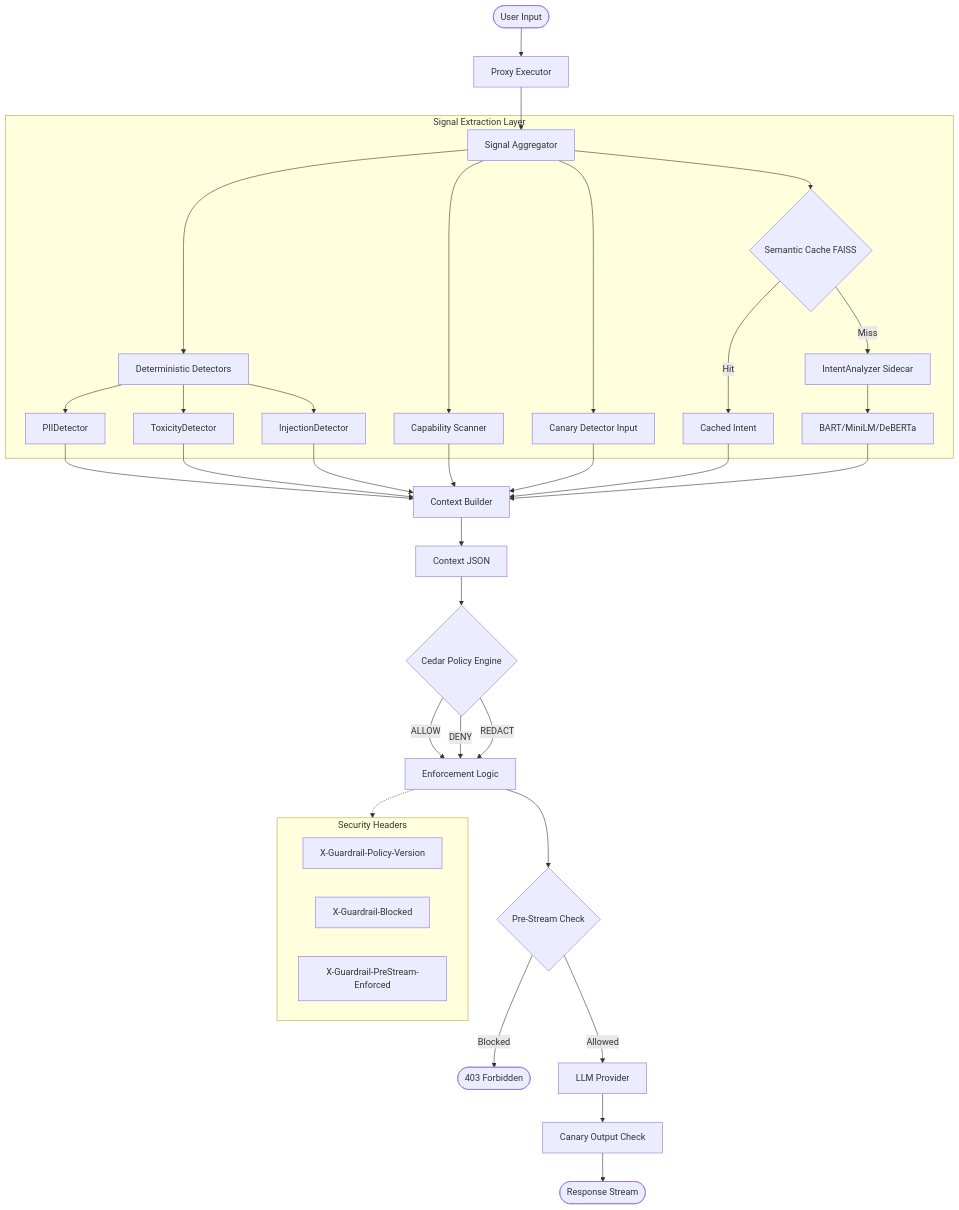
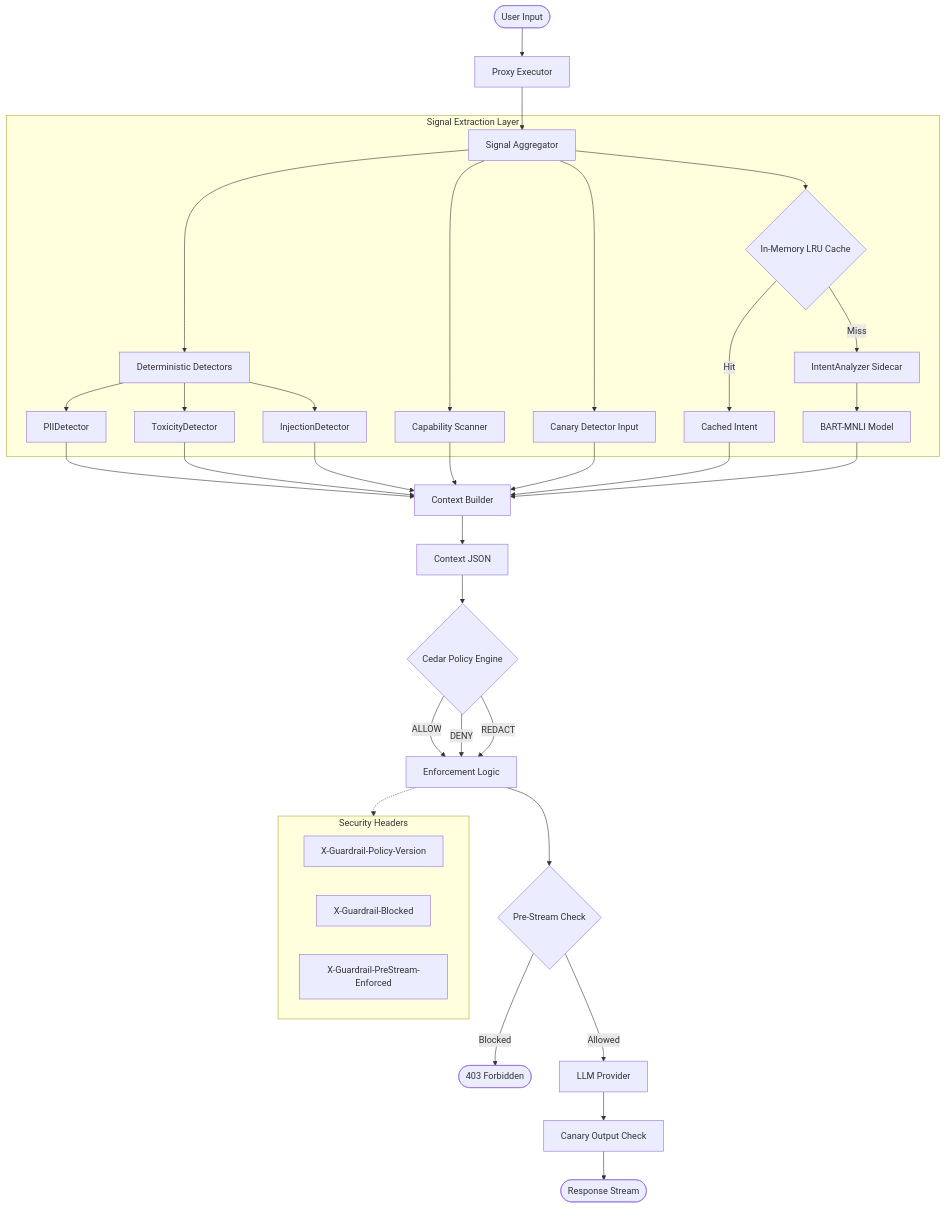
The diagram in README.md (Vero-labs/agent-guardrail-proxy), drawn with Mermaid before and after one commit. The commit also changed other lines of this file, not shown here.

First line of the commit message:
README: update cache, intent model, add specs

````diff
--- a/README.md
+++ b/README.md
@@ -131,44 +131,44 @@
 ```mermaid
 flowchart TD
     User([User Input]) --> Proxy[Proxy Executor]
     Proxy --> Aggregator[Signal Aggregator]
 
     subgraph Signal_Layer [Signal Extraction Layer]
         Aggregator --> Deterministic[Deterministic Detectors]
         Deterministic --> PII[PIIDetector]
         Deterministic --> Tox[ToxicityDetector]
         Deterministic --> Inj[InjectionDetector]
 
         Aggregator --> Cap[Capability Scanner]
         Aggregator --> CanaryIn[Canary Detector Input]
 
-        Aggregator --> Cache{Semantic Cache FAISS}
+        Aggregator --> Cache{In-Memory LRU Cache}
         Cache -- Hit --> CacheResult[Cached Intent]
         Cache -- Miss --> Intent[IntentAnalyzer Sidecar]
-        Intent --> Models[BART/MiniLM/DeBERTa]
+        Intent --> Models[BART-MNLI Model]
     end
 
     PII & Tox & Inj & Cap & CanaryIn & CacheResult & Models --> Context[Context Builder]
     Context --> JSON[Context JSON]
 
     JSON --> Cedar{Cedar Policy Engine}
     
     Cedar -- ALLOW --> Enforce[Enforcement Logic]
     Cedar -- DENY --> Enforce
     Cedar -- REDACT --> Enforce
 
     subgraph Headers [Security Headers]
         H1[X-Guardrail-Policy-Version]
         H2[X-Guardrail-Blocked]
         H3[X-Guardrail-PreStream-Enforced]
     end
 
     Enforce -.-> Headers
     Enforce --> PreStream{Pre-Stream Check}
 
     PreStream -- Blocked --> Response403([403 Forbidden])
     PreStream -- Allowed --> LLM[LLM Provider]
 
     LLM --> CanaryOut[Canary Output Check]
     CanaryOut --> FinalResponse([Response Stream])
 ```
````
